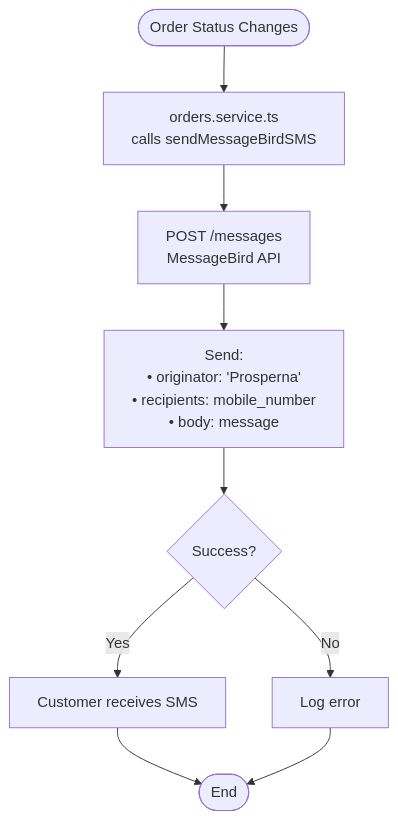
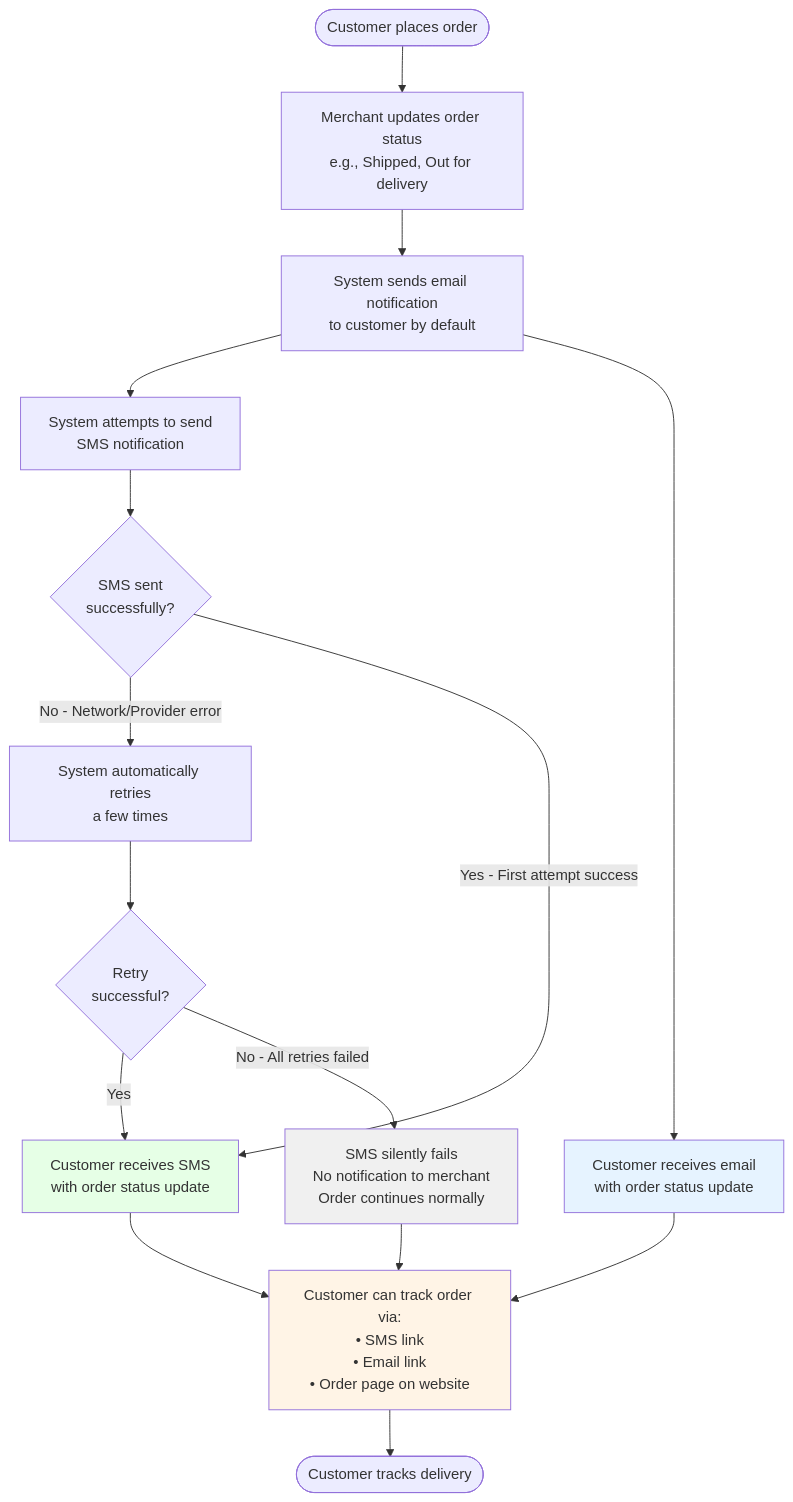
Before and after one commit to Prosperna/prosperna-knowledge-base: the first of 4 diagrams in docs/product/shared-services/sms_provider_migration_guide_messagebird_to_infotxt.md, drawn with Mermaid. The commit also changed other lines of this file, not shown here.

Commit message:
updated sms migration diagrams

````diff
--- a/docs/product/shared-services/sms_provider_migration_guide_messagebird_to_infotxt.md
+++ b/docs/product/shared-services/sms_provider_migration_guide_messagebird_to_infotxt.md
@@ -71,11 +71,27 @@
 ```mermaid
 flowchart TD
-    Start([Order Status Changes]) --> Service[orders.service.ts<br/>calls sendMessageBirdSMS]
-    Service --> API[POST /messages<br/>MessageBird API]
-    API --> Payload[Send:<br/>• originator: 'Prosperna'<br/>• recipients: mobile_number<br/>• body: message]
-    Payload --> Response{Success?}
-    Response -->|Yes| Success[Customer receives SMS]
-    Response -->|No| Error[Log error]
-    Success --> End([End])
-    Error --> End
+    Start([Customer places order]) --> Merchant[Merchant updates order status<br/>e.g., Shipped, Out for delivery]
+    Merchant --> Email[System sends email notification<br/>to customer by default]
+    Email --> SMS[System attempts to send<br/>SMS notification]
+
+    SMS --> Retry{SMS sent<br/>successfully?}
+    Retry -->|No - Network/Provider error| Auto_Retry[System automatically retries<br/>a few times]
+    Auto_Retry --> Retry_Result{Retry<br/>successful?}
+
+    Retry_Result -->|Yes| Customer_SMS[Customer receives SMS<br/>with order status update]
+    Retry_Result -->|No - All retries failed| Silent_Fail[SMS silently fails<br/>No notification to merchant<br/>Order continues normally]
+
+    Retry -->|Yes - First attempt success| Customer_SMS
+
+    Email --> Customer_Email[Customer receives email<br/>with order status update]
+    Customer_SMS --> Check_Status[Customer can track order via:<br/>• SMS link<br/>• Email link<br/>• Order page on website]
+    Customer_Email --> Check_Status
+    Silent_Fail --> Check_Status
+
+    Check_Status --> End([Customer tracks delivery])
+
+    style Customer_Email fill:#e6f3ff
+    style Customer_SMS fill:#e6ffe6
+    style Silent_Fail fill:#f0f0f0
+    style Check_Status fill:#fff4e6
 ```
````
